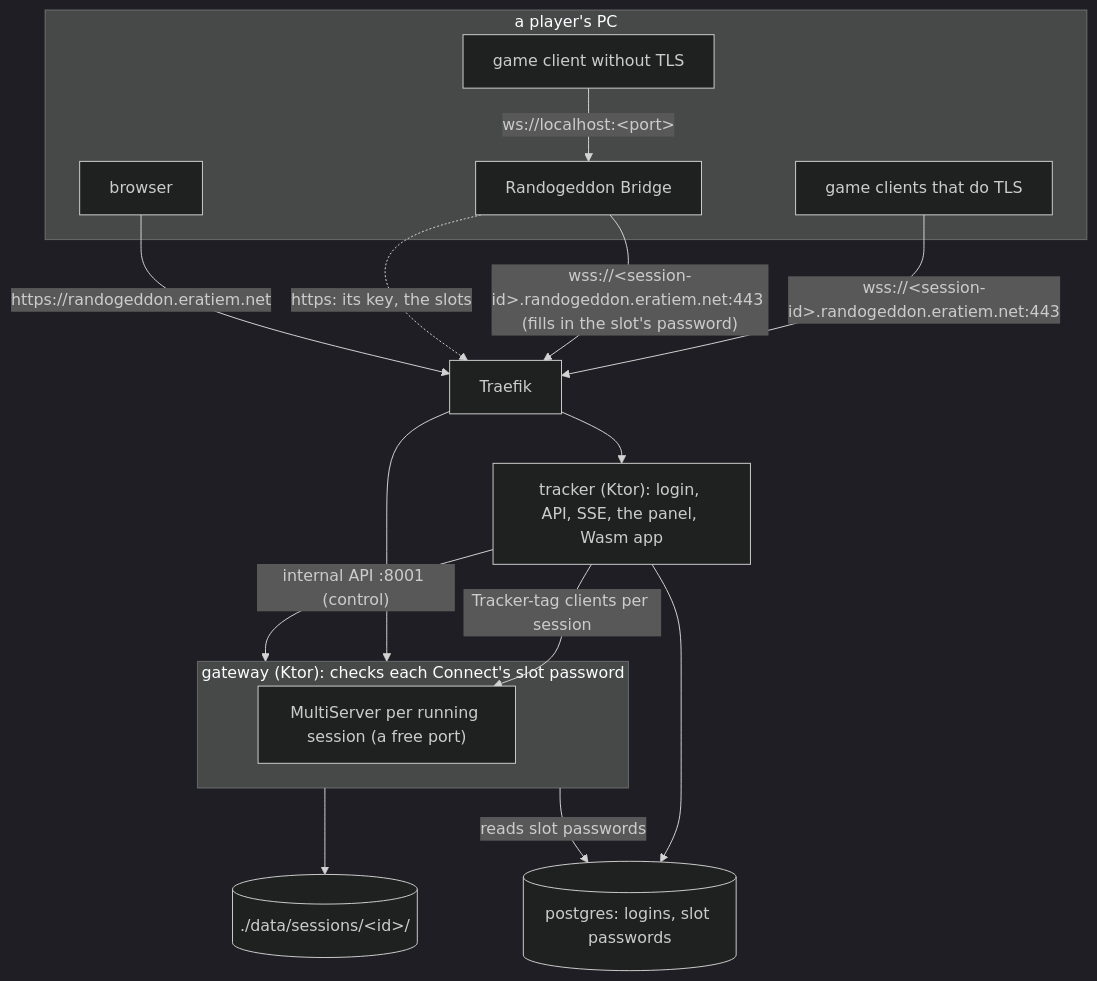
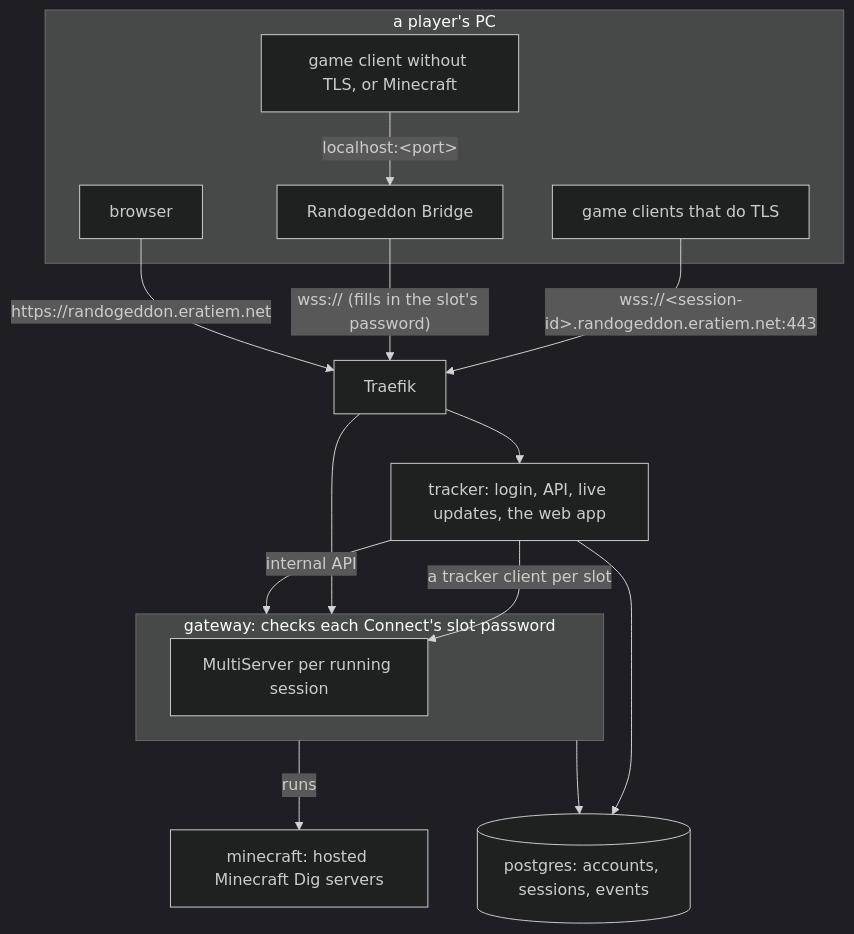
The diagram in README.md (EraTiem-Network/Randogeddon), drawn with Mermaid (dark theme) before and after one commit. The commit also changed other lines of this file and 9 other files, not shown here.

````diff
--- a/README.md
+++ b/README.md
@@ -17,23 +16,22 @@
 ```mermaid
 flowchart TB
   subgraph pc ["a player's PC"]
     clients["game clients that do TLS"]
-    plain["game client without TLS"] -- "ws://localhost:#lt;port#gt;" --> bridge["Randogeddon Bridge"]
+    plain["game client without TLS, or Minecraft"] -- "localhost:#lt;port#gt;" --> bridge["Randogeddon Bridge"]
     browser
   end
   clients -- "wss://#lt;session-id#gt;.randogeddon.eratiem.net:443" --> traefik
-  bridge -- "wss://#lt;session-id#gt;.randogeddon.eratiem.net:443 (fills in the slot's password)" --> traefik
-  bridge -. "https: its key, the slots" .-> traefik
+  bridge -- "wss:// (fills in the slot's password)" --> traefik
   browser -- "https://randogeddon.eratiem.net" --> traefik
   traefik[Traefik] --> gateway
   traefik --> tracker
-  subgraph gateway ["gateway (Ktor): checks each Connect's slot password"]
-    multiserver["MultiServer per running session (a free port)"]
+  subgraph gateway ["gateway: checks each Connect's slot password"]
+    multiserver["MultiServer per running session"]
   end
-  tracker["tracker (Ktor): login, API, SSE, the panel, Wasm app"]
-  tracker -- "internal API :8001 (control)" --> gateway
-  tracker -- "Tracker-tag clients per session" --> multiserver
-  gateway --> sessions[("./data/sessions/#lt;id#gt;/")]
-  gateway -- "reads slot passwords" --> postgres[("postgres: logins, slot passwords")]
+  tracker["tracker: login, API, live updates, the web app"]
+  tracker -- "internal API" --> gateway
+  tracker -- "a tracker client per slot" --> multiserver
+  gateway -- "runs" --> minecraft["minecraft: hosted Minecraft Dig servers"]
+  gateway --> postgres[("postgres: accounts, sessions, events")]
   tracker --> postgres
 ```
````
